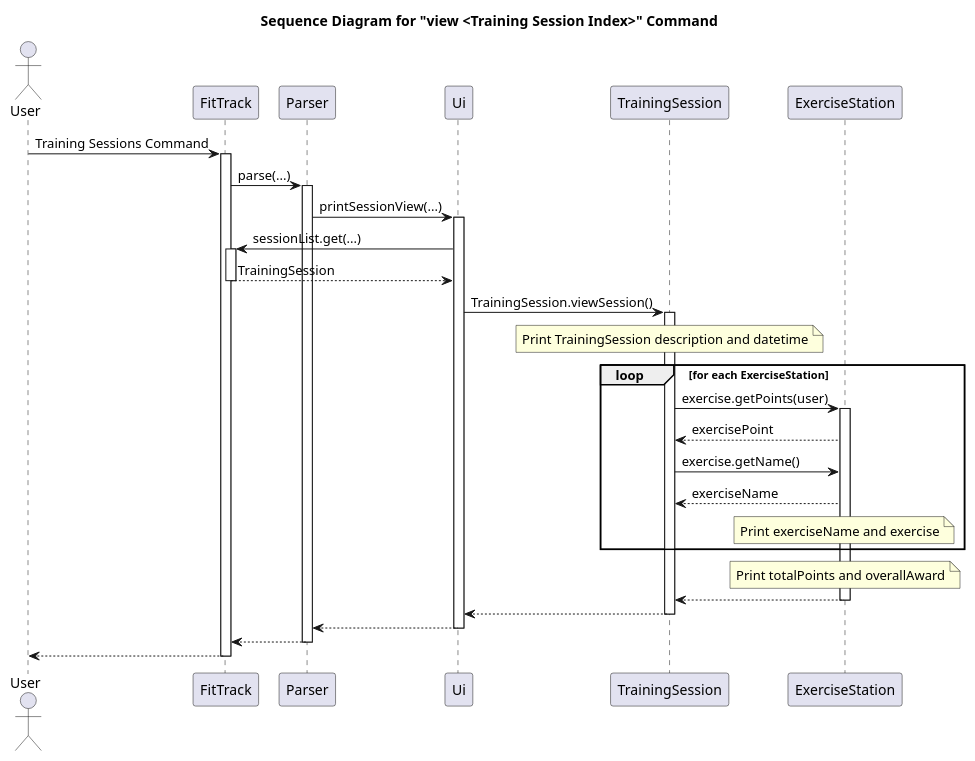
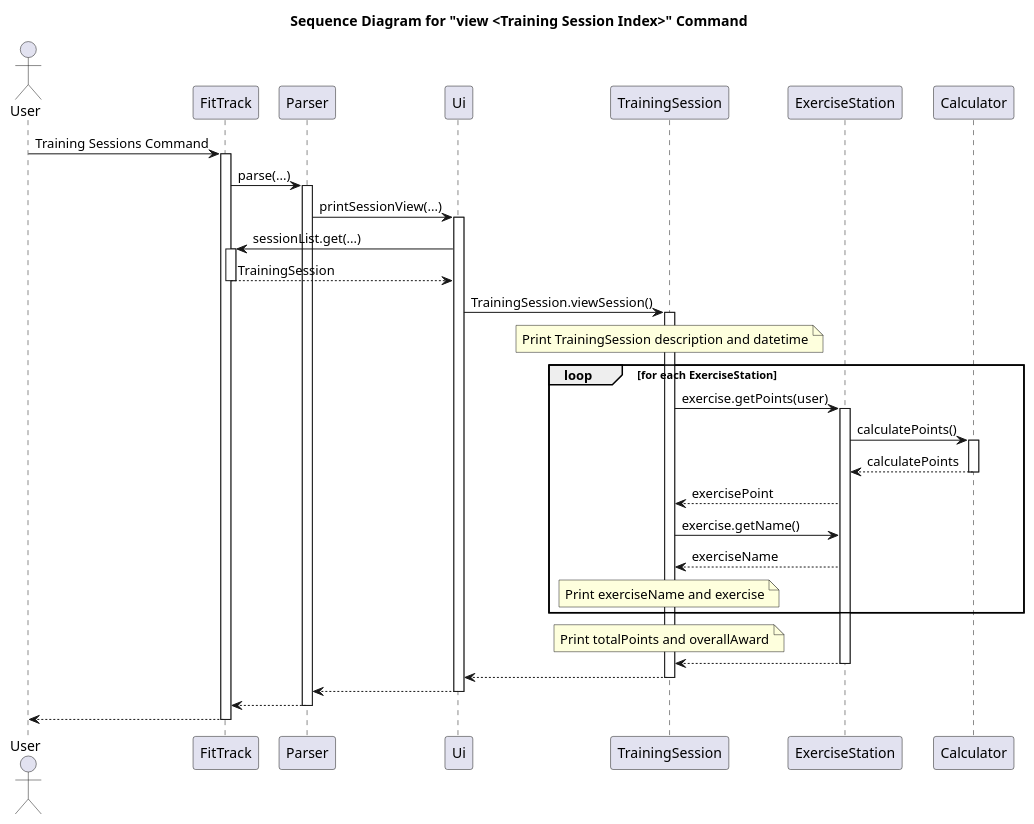
One commit to nus-cs2113-AY2425S1/tp changed the diagram in docs/Diagrams/Sequence_ViewTrainingSession.puml. Above: the diagram before and after it, drawn with PlantUML. The commit also changed 6 other files, not shown here.

```diff
--- a/docs/Diagrams/Sequence_ViewTrainingSession.puml
+++ b/docs/Diagrams/Sequence_ViewTrainingSession.puml
@@ -1,87 +1,91 @@
 @startuml
 title Sequence Diagram for "view <Training Session Index>" Command
 
 actor User
 
 User -> FitTrack: Training Sessions Command
 activate FitTrack
     FitTrack -> Parser: parse(...)
         activate Parser
             Parser -> Ui: printSessionView(...)
                 activate Ui
                     Ui -> FitTrack : sessionList.get(...)
                         activate FitTrack
                             FitTrack --> Ui: TrainingSession
                         deactivate FitTrack
                     Ui -> TrainingSession: TrainingSession.viewSession()
                         activate TrainingSession
                             note over TrainingSession
                             Print TrainingSession description and datetime
                             end note
                             loop for each ExerciseStation
                                 TrainingSession -> ExerciseStation: exercise.getPoints(user)
                                 activate ExerciseStation
+                                    ExerciseStation -> Calculator: calculatePoints()
+                                    activate Calculator
+                                    Calculator --> ExerciseStation: calculatePoints
+                                    deactivate Calculator
                                 ExerciseStation --> TrainingSession: exercisePoint
                                 TrainingSession -> ExerciseStation: exercise.getName()
                                 ExerciseStation --> TrainingSession: exerciseName
-                                note over ExerciseStation
+                                note over TrainingSession
                                 Print exerciseName and exercise
                                 end note
                             end loop
-                            note over ExerciseStation
+                            note over TrainingSession
                             Print totalPoints and overallAward
                             end note
                             ExerciseStation --> TrainingSession
                             deactivate ExerciseStation
                             TrainingSession --> Ui
                         deactivate TrainingSession
                 Ui --> Parser
                 deactivate Ui
             Parser --> FitTrack
         deactivate Parser
     FitTrack --> User
 deactivate FitTrack
 
 'activate FitTrack
 'FitTrack -> Parser: parse(...)
 'activate Parser
 'Parser -> Ui: printSessionList(...)
 '
 'activate Ui
 '
 'alt sessionList.isEmpty()
 '    note over Ui
 '        Print LIST_SESSION_EMPTY_MESSAGE
 '    end note
 'else !sessionList.isEmpty()
 '    note over Ui
 '        Print LIST_SESSION_MESSAGE
 '    end note
 '    loop for each in sessionList
 '        Ui --> FitTrack: sessionList.get(sessionIndex)
 '        activate FitTrack
 '        FitTrack --> Ui: TrainingSession
 '        deactivate FitTrack
 '
 '        Ui -> TrainingSession: getSessionDescription()
 '        activate TrainingSession
 '        TrainingSession --> Ui: sessionDescription
 '        deactivate TrainingSession
 '
 '        note over Ui
 '            Print sessionDescription
 '        end note
 '    end
 '    Ui -> Ui: printSessionCount()
 '    activate Ui
 '    Ui --> Ui
 '    deactivate Ui
 'end
 'Ui --> Parser
 'deactivate Ui
 'Parser --> FitTrack
 'deactivate Parser
 'FitTrack --> User
 'deactivate FitTrack
 
 @enduml
```
